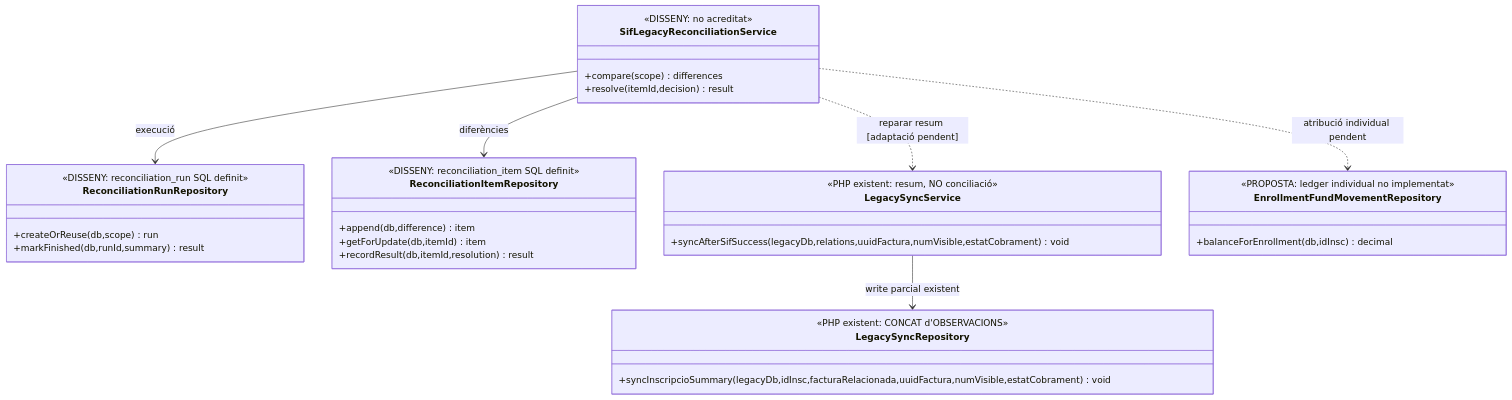
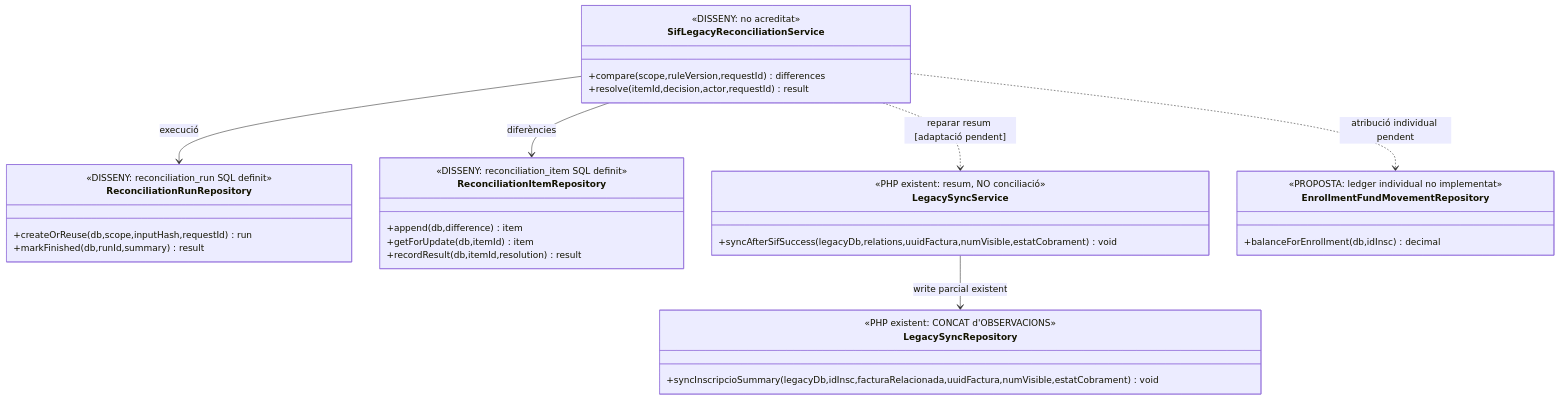
One commit to orgmeriemprismacat-del/verifactu changed the second of 7 diagrams in documentacio/07-uml-integrat/uc-082-reconciliar-sif-bd-llegada.md. Above: the diagram before and after it, drawn with Mermaid.

Commit message:
docs(uml): alinear signatures UML i actors amb els fluxos detallats d'ajust i conciliació

````diff
--- a/documentacio/07-uml-integrat/uc-082-reconciliar-sif-bd-llegada.md
+++ b/documentacio/07-uml-integrat/uc-082-reconciliar-sif-bd-llegada.md
@@ -89,36 +89,36 @@
 ```mermaid
 classDiagram
 class SifLegacyReconciliationService {
  <<DISSENY: no acreditat>>
- +compare(scope) differences
- +resolve(itemId,decision) result
+ +compare(scope,ruleVersion,requestId) differences
+ +resolve(itemId,decision,actor,requestId) result
 }
 class ReconciliationRunRepository {
  <<DISSENY: reconciliation_run SQL definit>>
- +createOrReuse(db,scope) run
+ +createOrReuse(db,scope,inputHash,requestId) run
  +markFinished(db,runId,summary) result
 }
 class ReconciliationItemRepository {
  <<DISSENY: reconciliation_item SQL definit>>
  +append(db,difference) item
  +getForUpdate(db,itemId) item
  +recordResult(db,itemId,resolution) result
 }
 class LegacySyncService {
  <<PHP existent: resum, NO conciliació>>
  +syncAfterSifSuccess(legacyDb,relations,uuidFactura,numVisible,estatCobrament) void
 }
 class LegacySyncRepository {
  <<PHP existent: CONCAT d'OBSERVACIONS>>
  +syncInscripcioSummary(legacyDb,idInsc,facturaRelacionada,uuidFactura,numVisible,estatCobrament) void
 }
 class EnrollmentFundMovementRepository {
  <<PROPOSTA: ledger individual no implementat>>
  +balanceForEnrollment(db,idInsc) decimal
 }
 SifLegacyReconciliationService --> ReconciliationRunRepository : execució
 SifLegacyReconciliationService --> ReconciliationItemRepository : diferències
 SifLegacyReconciliationService ..> LegacySyncService : reparar resum [adaptació pendent]
 LegacySyncService --> LegacySyncRepository : write parcial existent
 SifLegacyReconciliationService ..> EnrollmentFundMovementRepository : atribució individual pendent
 ```
````
